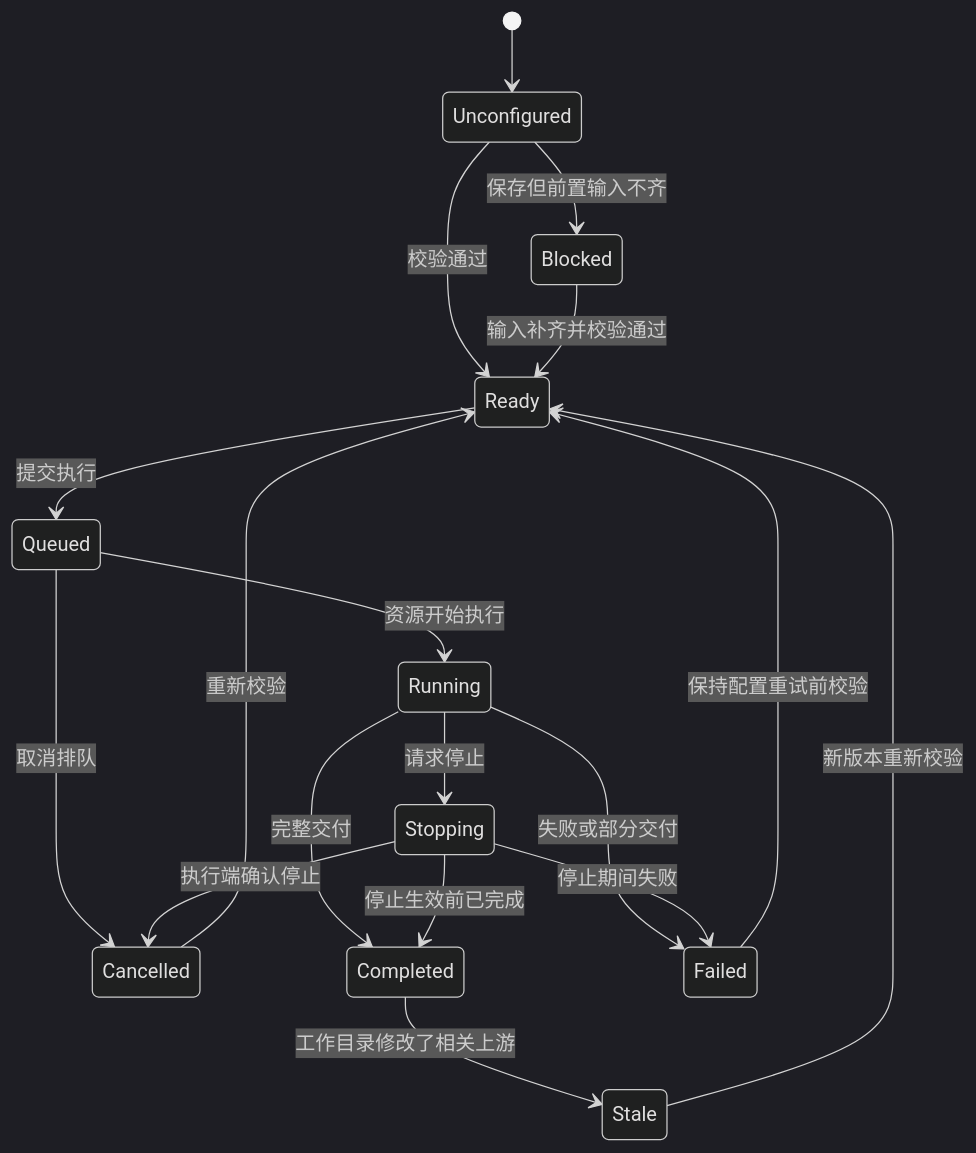
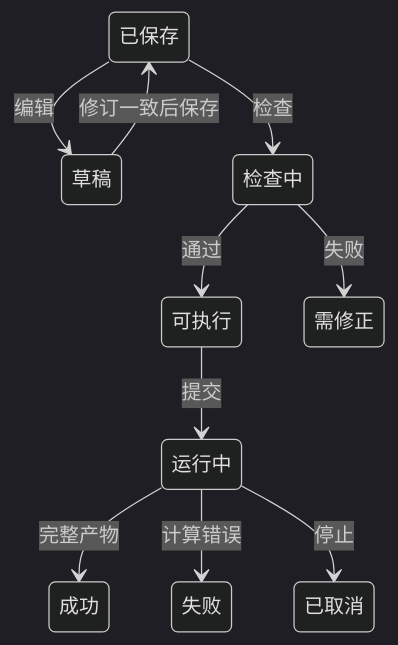
One commit to qweaxdzsc/AI4E_dojo changed the fourth of 4 diagrams in docs/PRD/ai4e-web/src/PRD.md. Above: the diagram before and after it, drawn with Mermaid (dark theme). The commit also changed other lines of this file and 522 other files, not shown here.

````diff
--- a/docs/PRD/ai4e-web/src/PRD.md
+++ b/docs/PRD/ai4e-web/src/PRD.md
@@ -217,20 +129,12 @@
 ```mermaid
 stateDiagram-v2
-  [*] --> Unconfigured
-  Unconfigured --> Blocked: 保存但前置输入不齐
-  Unconfigured --> Ready: 校验通过
-  Blocked --> Ready: 输入补齐并校验通过
-  Ready --> Queued: 提交执行
-  Queued --> Running: 资源开始执行
-  Queued --> Cancelled: 取消排队
-  Running --> Completed: 完整交付
-  Running --> Failed: 失败或部分交付
-  Running --> Stopping: 请求停止
-  Stopping --> Cancelled: 执行端确认停止
-  Stopping --> Completed: 停止生效前已完成
-  Stopping --> Failed: 停止期间失败
-  Failed --> Ready: 保持配置重试前校验
-  Cancelled --> Ready: 重新校验
-  Completed --> Stale: 工作目录修改了相关上游
-  Stale --> Ready: 新版本重新校验
+  已保存 --> 草稿: 编辑
+  草稿 --> 已保存: 修订一致后保存
+  已保存 --> 检查中: 检查
+  检查中 --> 可执行: 通过
+  检查中 --> 需修正: 失败
+  可执行 --> 运行中: 提交
+  运行中 --> 成功: 完整产物
+  运行中 --> 失败: 计算错误
+  运行中 --> 已取消: 停止
 ```
````
